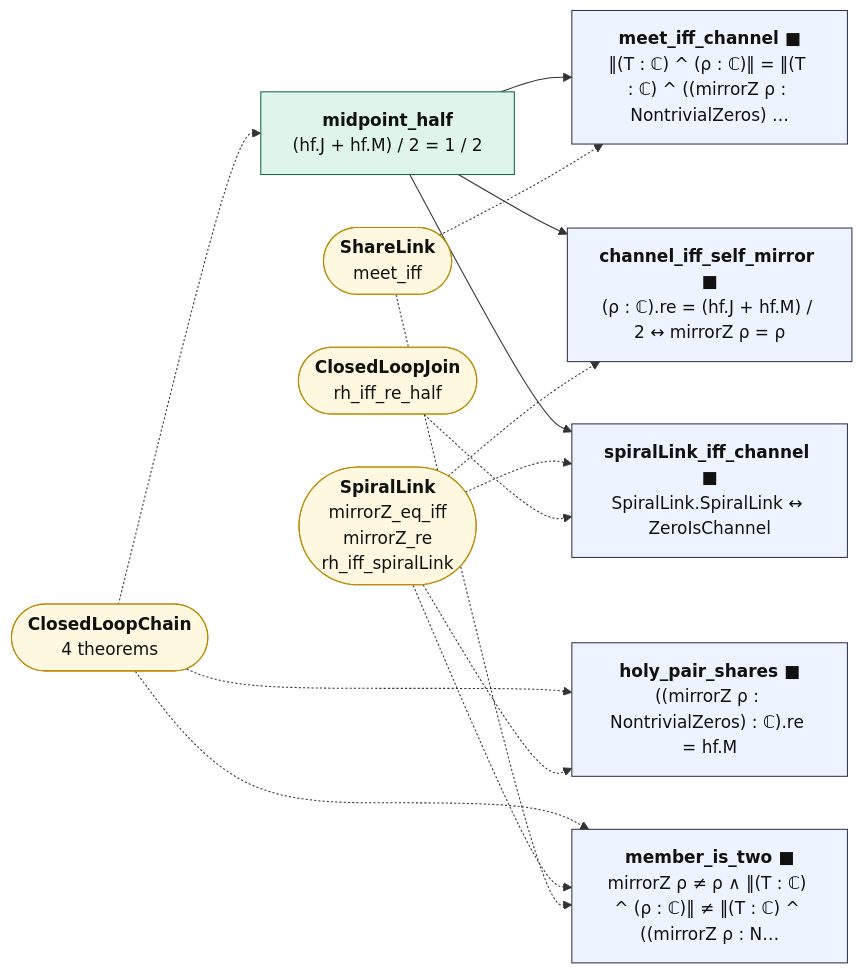
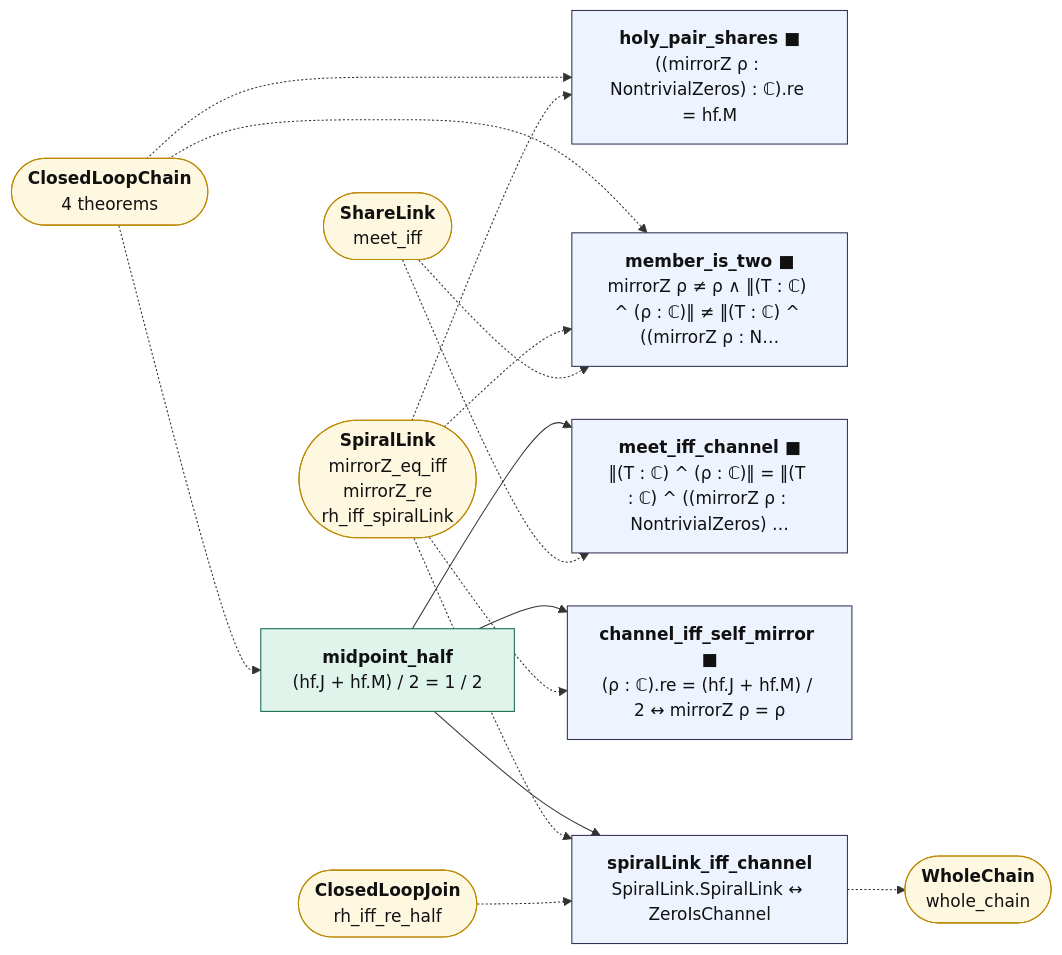
One commit to juliansambranojr/Primebeat_081426 changed the diagram in map/lean_stage3/HolyChannel.mmd. Above: the diagram before and after it, drawn with Mermaid. The commit also changed 45 other files, not shown here.

```diff
--- a/map/lean_stage3/HolyChannel.mmd
+++ b/map/lean_stage3/HolyChannel.mmd
@@ -1,32 +1,34 @@
 flowchart LR
   n0["<b>midpoint_half</b><br/>(hf.J + hf.M) / 2 = 1 / 2"]:::cnt
   n1["<b>holy_pair_shares ■</b><br/>((mirrorZ ρ : NontrivialZeros) : ℂ).re = hf.M"]:::thm
   n2["<b>member_is_two ■</b><br/>mirrorZ ρ ≠ ρ ∧ ‖(T : ℂ) ^ (ρ : ℂ)‖ ≠ ‖(T : ℂ) ^ ((mirrorZ ρ : N…"]:::thm
   n3["<b>meet_iff_channel ■</b><br/>‖(T : ℂ) ^ (ρ : ℂ)‖ = ‖(T : ℂ) ^ ((mirrorZ ρ : NontrivialZeros) …"]:::thm
   n4["<b>channel_iff_self_mirror ■</b><br/>(ρ : ℂ).re = (hf.J + hf.M) / 2 ↔ mirrorZ ρ = ρ"]:::thm
-  n5["<b>spiralLink_iff_channel ■</b><br/>SpiralLink.SpiralLink ↔ ZeroIsChannel"]:::thm
+  n5["<b>spiralLink_iff_channel</b><br/>SpiralLink.SpiralLink ↔ ZeroIsChannel"]:::thm
   x0(["<b>ClosedLoopChain</b><br/>4 theorems"]):::ext
   x1(["<b>SpiralLink</b><br/>mirrorZ_eq_iff<br/>mirrorZ_re<br/>rh_iff_spiralLink"]):::ext
   x2(["<b>ShareLink</b><br/>meet_iff"]):::ext
   x3(["<b>ClosedLoopJoin</b><br/>rh_iff_re_half"]):::ext
+  x4(["<b>WholeChain</b><br/>whole_chain"]):::ext
   n0 --> n3
   n0 --> n4
   n0 --> n5
+  n5 -.-> x4
   x0 -.-> n0
   x0 -.-> n1
   x0 -.-> n2
   x1 -.-> n1
   x1 -.-> n2
   x1 -.-> n4
   x1 -.-> n5
   x2 -.-> n2
   x2 -.-> n3
   x3 -.-> n5
   classDef cnt fill:#dff5ec,stroke:#17694a,color:#111
   classDef shp fill:#f1ecfb,stroke:#5b3fa0,color:#111
   classDef rh fill:#ffe5e5,stroke:#c22,color:#111,stroke-width:2px
   classDef thm fill:#eef4ff,stroke:#335,color:#111
   classDef end_ fill:#e7f7e7,stroke:#2a7,color:#111,stroke-width:2px
   classDef lone fill:#fff,stroke:#999,color:#111,stroke-dasharray:4 3
   classDef bad fill:#ffe5e5,stroke:#c22,color:#111,stroke-width:2px
   classDef ext fill:#fff8e1,stroke:#b80,color:#111
```
